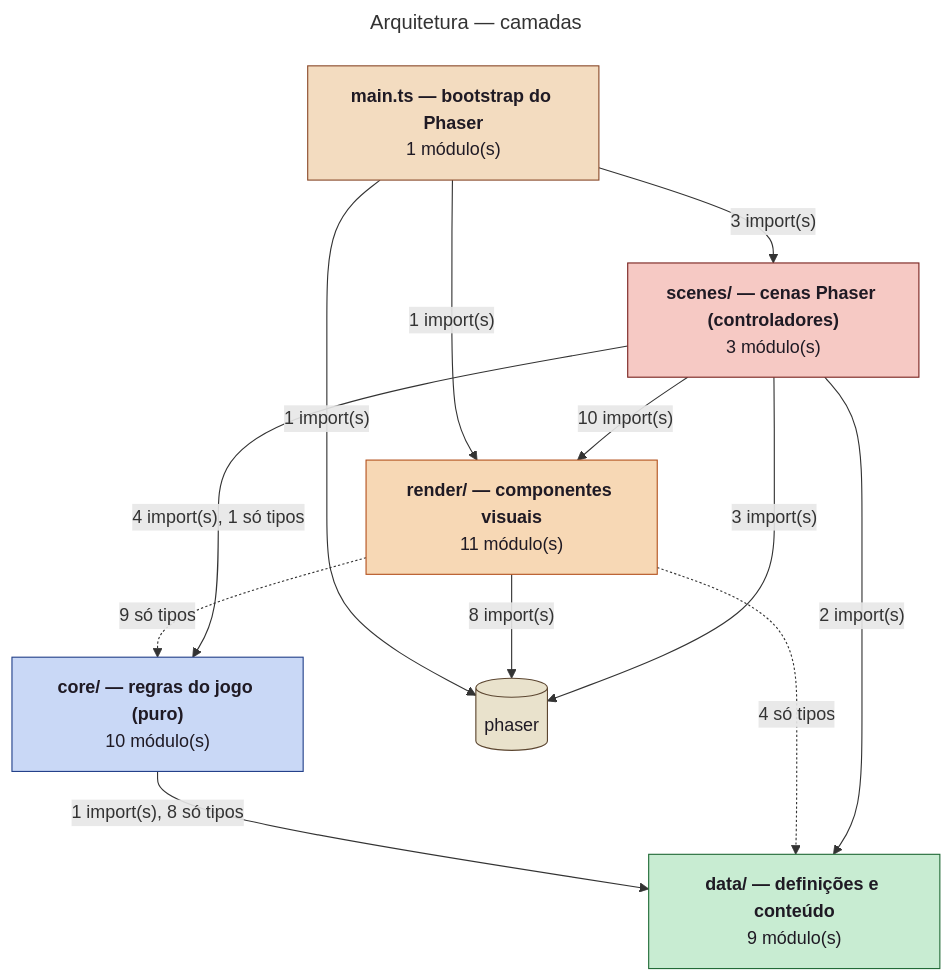
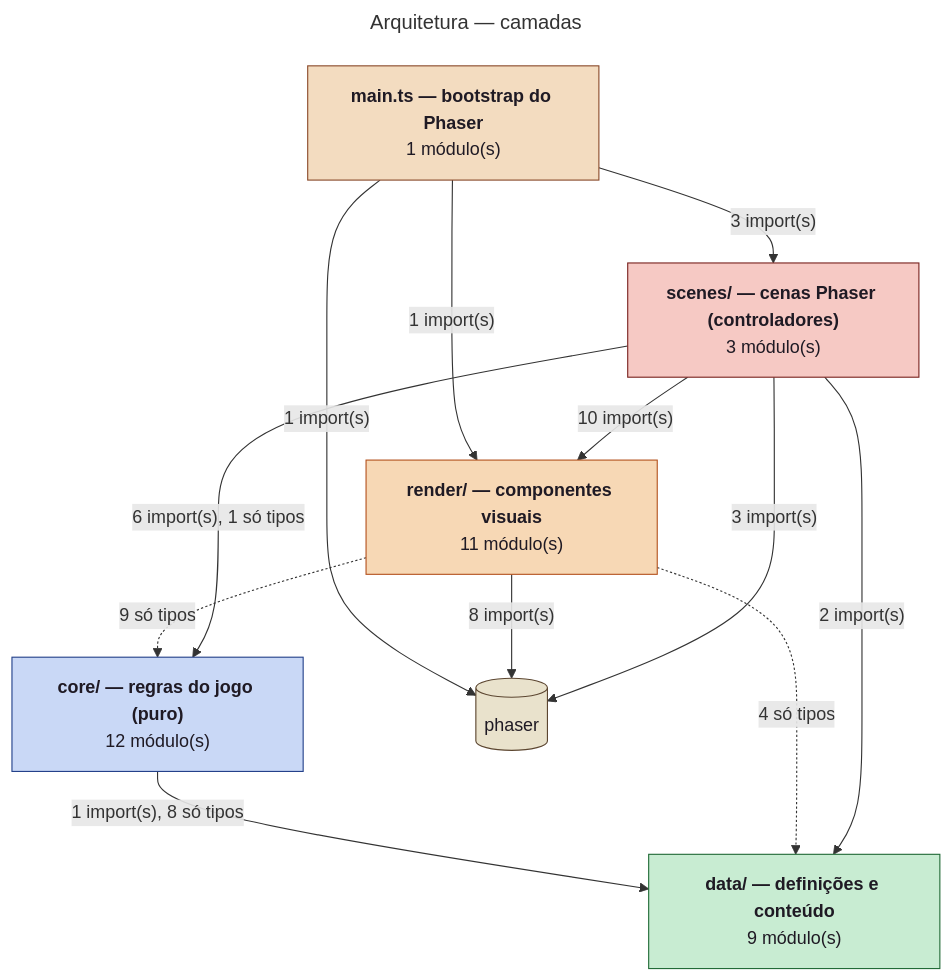
The first of 2 diagrams in docs/diagrams/architecture.md (Pitossomos/fire-crest), drawn with Mermaid before and after one commit. The commit also changed other lines of this file and 10 other files, not shown here.

````diff
--- a/docs/diagrams/architecture.md
+++ b/docs/diagrams/architecture.md
@@ -11,30 +11,30 @@
 ```mermaid
 ---
 title: Arquitetura — camadas
 ---
 flowchart TB
   app["<b>main.ts — bootstrap do Phaser</b><br/>1 módulo(s)"]:::layer_app
   scenes["<b>scenes/ — cenas Phaser (controladores)</b><br/>3 módulo(s)"]:::layer_scenes
   render["<b>render/ — componentes visuais</b><br/>11 módulo(s)"]:::layer_render
-  core["<b>core/ — regras do jogo (puro)</b><br/>10 módulo(s)"]:::layer_core
+  core["<b>core/ — regras do jogo (puro)</b><br/>12 módulo(s)"]:::layer_core
   data["<b>data/ — definições e conteúdo</b><br/>9 módulo(s)"]:::layer_data
   ext_phaser[("phaser")]:::external
   app -->|"1 import(s)"| ext_phaser
   app -->|"1 import(s)"| render
   app -->|"3 import(s)"| scenes
   core -->|"1 import(s), 8 só tipos"| data
   render -.->|"9 só tipos"| core
   render -.->|"4 só tipos"| data
   render -->|"8 import(s)"| ext_phaser
-  scenes -->|"4 import(s), 1 só tipos"| core
+  scenes -->|"6 import(s), 1 só tipos"| core
   scenes -->|"2 import(s)"| data
   scenes -->|"3 import(s)"| ext_phaser
   scenes -->|"10 import(s)"| render
   classDef external fill:#e9e2cc,stroke:#5c4630,color:#1f1a24
   classDef layer_app fill:#f3dcc0,stroke:#8a4a2a,color:#1f1a24
   classDef layer_scenes fill:#f6c9c4,stroke:#7a2420,color:#1f1a24
   classDef layer_render fill:#f7d8b5,stroke:#b4531f,color:#1f1a24
   classDef layer_core fill:#c9d8f6,stroke:#24418a,color:#1f1a24
   classDef layer_data fill:#c8ecd2,stroke:#226b37,color:#1f1a24
   classDef layer_save fill:#ddd2f2,stroke:#4b3a6b,color:#1f1a24
 ```
````
